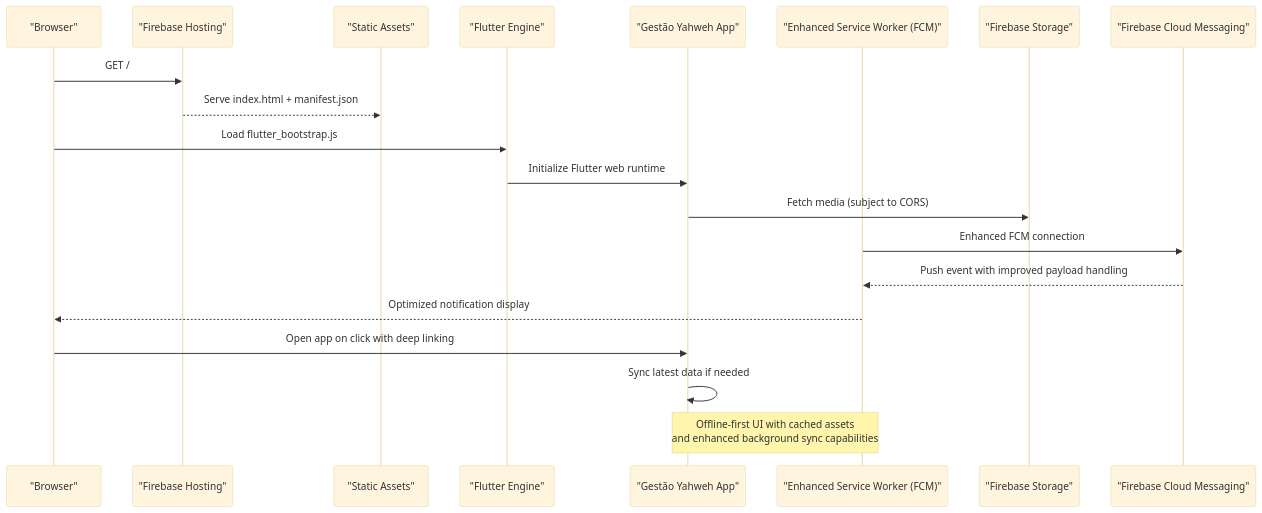
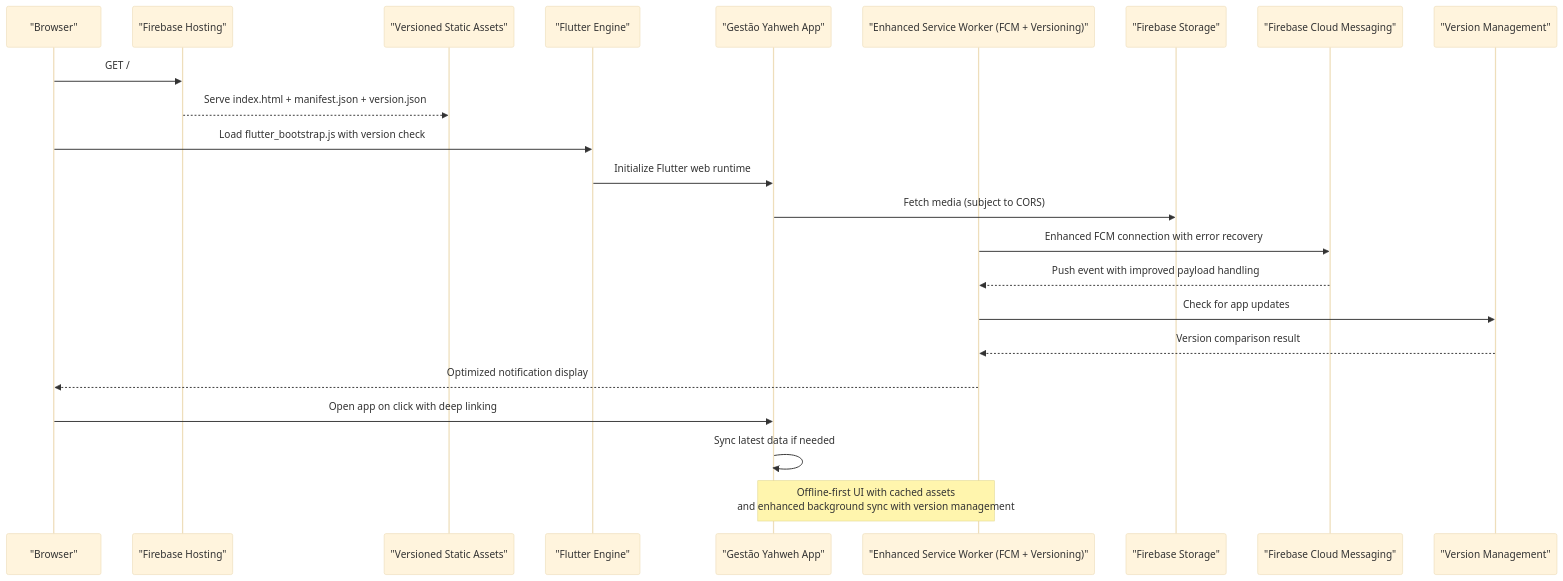
Before and after one commit to raihom-netizen/com.gestaoyahwehios.app: the second of 8 diagrams in .qoder/repowiki/en/content/Web Platform/Web Platform.md, drawn with Mermaid (base theme). The commit also changed other lines of this file and 161 other files, not shown here.

````diff
--- a/.qoder/repowiki/en/content/Web Platform/Web Platform.md
+++ b/.qoder/repowiki/en/content/Web Platform/Web Platform.md
@@ -161,22 +168,25 @@
 ```mermaid
 sequenceDiagram
 participant Browser as "Browser"
 participant Hosting as "Firebase Hosting"
-participant Assets as "Static Assets"
+participant Assets as "Versioned Static Assets"
 participant Engine as "Flutter Engine"
 participant App as "Gestão Yahweh App"
-participant SW as "Enhanced Service Worker (FCM)"
+participant SW as "Enhanced Service Worker (FCM + Versioning)"
 participant Storage as "Firebase Storage"
 participant FCM as "Firebase Cloud Messaging"
+participant VersionMgr as "Version Management"
 Browser->>Hosting : GET /
-Hosting-->>Assets : Serve index.html + manifest.json
-Browser->>Engine : Load flutter_bootstrap.js
+Hosting-->>Assets : Serve index.html + manifest.json + version.json
+Browser->>Engine : Load flutter_bootstrap.js with version check
 Engine->>App : Initialize Flutter web runtime
 App->>Storage : Fetch media (subject to CORS)
-SW->>FCM : Enhanced FCM connection
+SW->>FCM : Enhanced FCM connection with error recovery
 FCM-->>SW : Push event with improved payload handling
+SW->>VersionMgr : Check for app updates
+VersionMgr-->>SW : Version comparison result
 SW-->>Browser : Optimized notification display
 Browser->>App : Open app on click with deep linking
 App->>App : Sync latest data if needed
-Note over App,SW : Offline-first UI with cached assets<br/>and enhanced background sync capabilities
+Note over App,SW : Offline-first UI with cached assets<br/>and enhanced background sync with version management
 ```
````
